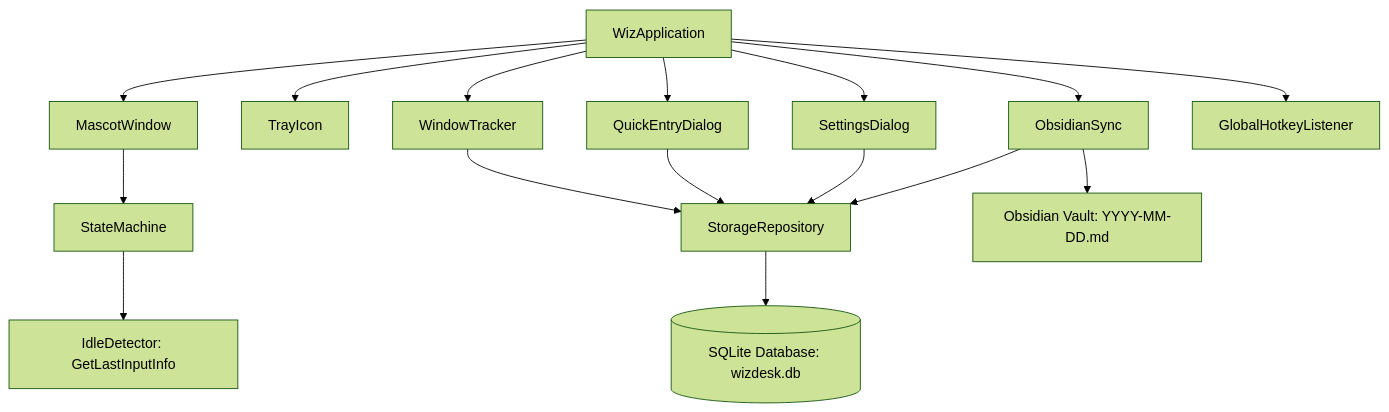
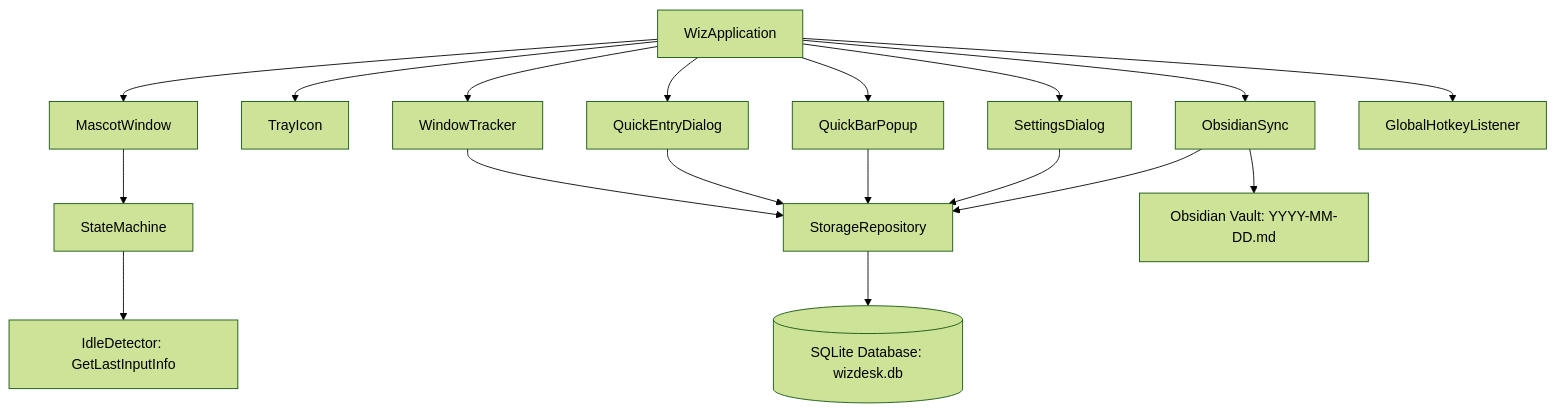
The diagram in README.md (Lukog10/WizDesk), drawn with Mermaid (forest theme) before and after one commit. The commit also changed other lines of this file, not shown here.

````diff
--- a/README.md
+++ b/README.md
@@ -145,21 +155,23 @@
 ```mermaid
 graph TD
     A[WizApplication] --> B[MascotWindow]
     A --> C[TrayIcon]
     A --> D[QuickEntryDialog]
-    A --> E[SettingsDialog]
+    A --> E[QuickBarPopup]
+    A --> F[SettingsDialog]
     
-    A --> F[WindowTracker]
-    A --> G[ObsidianSync]
-    A --> H[GlobalHotkeyListener]
+    A --> G[WindowTracker]
+    A --> H[ObsidianSync]
+    A --> I[GlobalHotkeyListener]
     
-    B --> I[StateMachine]
-    I --> J[IdleDetector: GetLastInputInfo]
-    F --> K[StorageRepository]
-    D --> K
-    E --> K
-    G --> K
+    B --> J[StateMachine]
+    J --> K[IdleDetector: GetLastInputInfo]
+    G --> L[StorageRepository]
+    D --> L
+    E --> L
+    F --> L
+    H --> L
     
-    K --> L[(SQLite Database: wizdesk.db)]
-    G --> M[Obsidian Vault: YYYY-MM-DD.md]
+    L --> M[(SQLite Database: wizdesk.db)]
+    H --> N[Obsidian Vault: YYYY-MM-DD.md]
 ```
````
